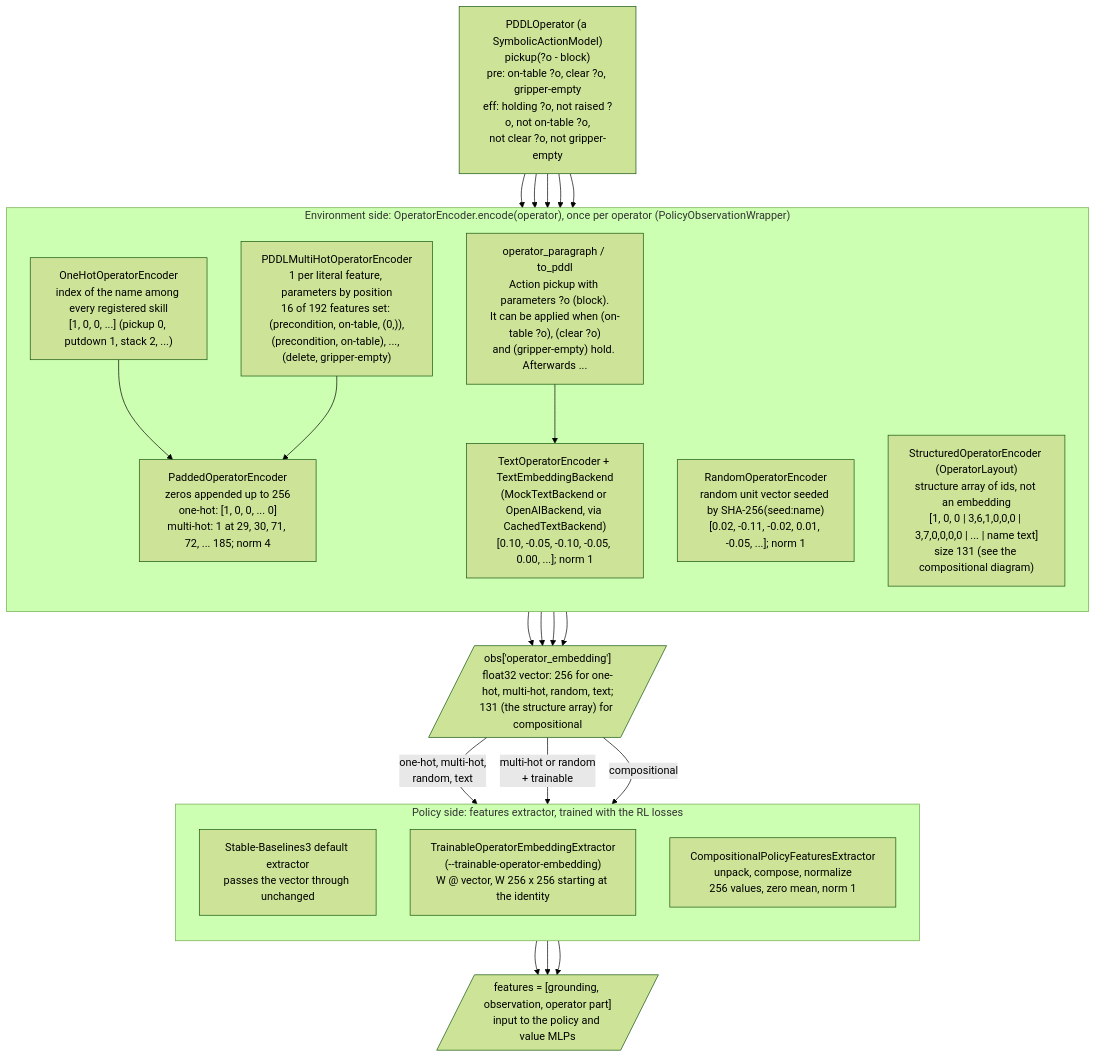
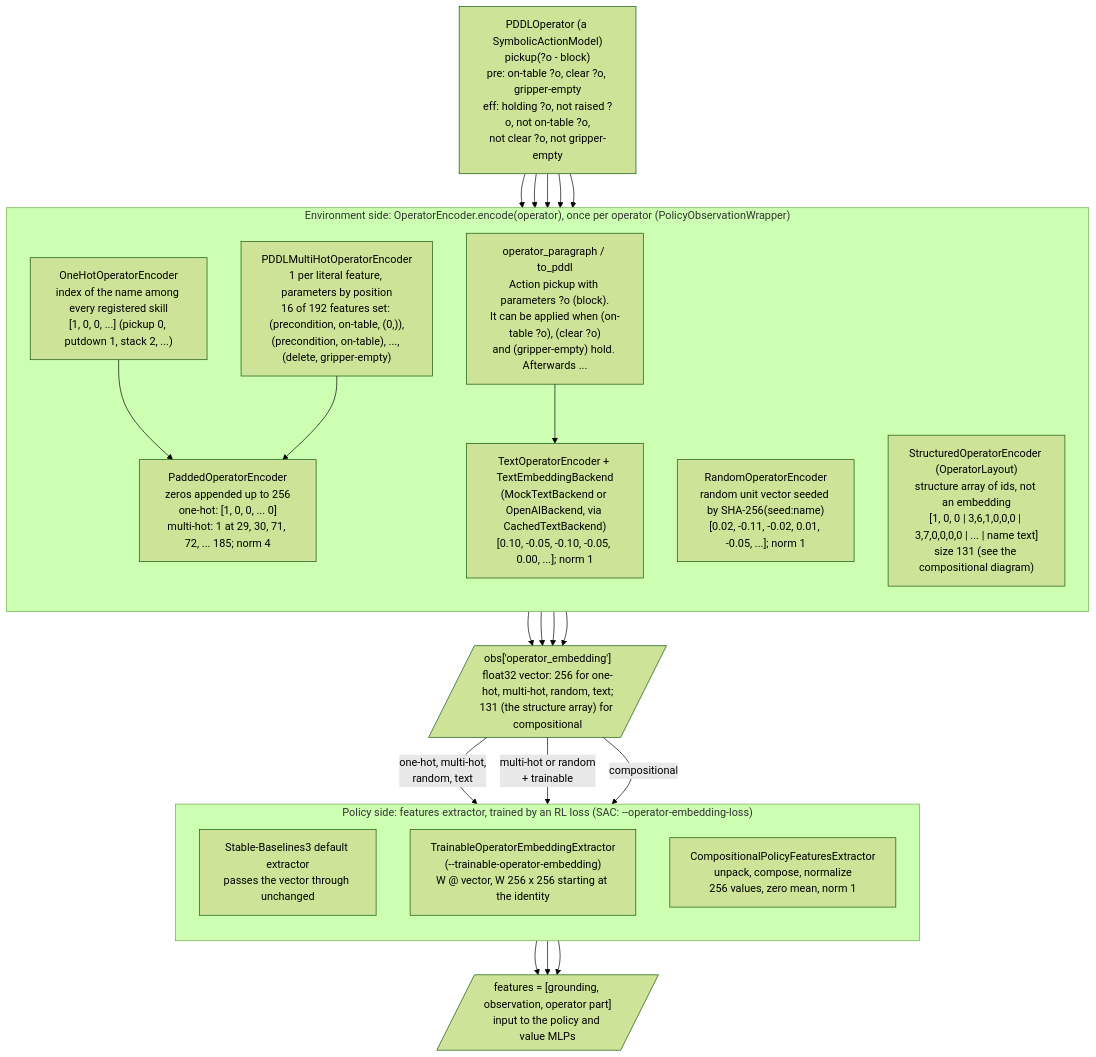
One commit to carwyn987/compositional_action_models changed the first of 2 diagrams in docs/operator_embeddings.md. Above: the diagram before and after it, drawn with Mermaid (forest theme). The commit also changed other lines of this file and 7 other files, not shown here.

````diff
--- a/docs/operator_embeddings.md
+++ b/docs/operator_embeddings.md
@@ -24,42 +27,42 @@
 ```mermaid
 flowchart TB
     op["PDDLOperator (a SymbolicActionModel)<br/>pickup(?o - block)<br/>pre: on-table ?o, clear ?o, gripper-empty<br/>eff: holding ?o, not raised ?o, not on-table ?o,<br/>not clear ?o, not gripper-empty"]
 
     subgraph env["Environment side: OperatorEncoder.encode(operator), once per operator (PolicyObservationWrapper)"]
         direction TB
         onehot["OneHotOperatorEncoder<br/>index of the name among every registered skill<br/>[1, 0, 0, ...] (pickup 0, putdown 1, stack 2, ...)"]
         multihot["PDDLMultiHotOperatorEncoder<br/>1 per literal feature, parameters by position<br/>16 of 192 features set: (precondition, on-table, (0,)),<br/>(precondition, on-table), ..., (delete, gripper-empty)"]
         pad["PaddedOperatorEncoder<br/>zeros appended up to 256<br/>one-hot: [1, 0, 0, ... 0]<br/>multi-hot: 1 at 29, 30, 71, 72, ... 185; norm 4"]
         random["RandomOperatorEncoder<br/>random unit vector seeded by SHA-256(seed:name)<br/>[0.02, -0.11, -0.02, 0.01, -0.05, ...]; norm 1"]
         paragraph["operator_paragraph / to_pddl<br/>Action pickup with parameters ?o (block).<br/>It can be applied when (on-table ?o), (clear ?o)<br/>and (gripper-empty) hold. Afterwards ..."]
         text["TextOperatorEncoder + TextEmbeddingBackend<br/>(MockTextBackend or OpenAIBackend, via CachedTextBackend)<br/>[0.10, -0.05, -0.10, -0.05, 0.00, ...]; norm 1"]
         structured["StructuredOperatorEncoder (OperatorLayout)<br/>structure array of ids, not an embedding<br/>[1, 0, 0 | 3,6,1,0,0,0 | 3,7,0,0,0,0 | ... | name text]<br/>size 131 (see the compositional diagram)"]
     end
 
     obs[/"obs['operator_embedding']<br/>float32 vector: 256 for one-hot, multi-hot, random, text;<br/>131 (the structure array) for compositional"/]
 
-    subgraph pol["Policy side: features extractor, trained with the RL losses"]
+    subgraph pol["Policy side: features extractor, trained by an RL loss (SAC: --operator-embedding-loss)"]
         direction TB
         default["Stable-Baselines3 default extractor<br/>passes the vector through unchanged"]
         trainable["TrainableOperatorEmbeddingExtractor<br/>(--trainable-operator-embedding)<br/>W @ vector, W 256 x 256 starting at the identity"]
         compositional["CompositionalPolicyFeaturesExtractor<br/>unpack, compose, normalize<br/>256 values, zero mean, norm 1"]
     end
 
     features[/"features = [grounding, observation, operator part]<br/>input to the policy and value MLPs"/]
 
     op --> onehot --> pad
     op --> multihot --> pad
     op --> random
     op --> paragraph --> text
     op --> structured
     pad --> obs
     random --> obs
     text --> obs
     structured --> obs
     obs -- "one-hot, multi-hot,<br/>random, text" --> default
     obs -- "multi-hot or random<br/>+ trainable" --> trainable
     obs -- "compositional" --> compositional
     default --> features
     trainable --> features
     compositional --> features
 ```
````
